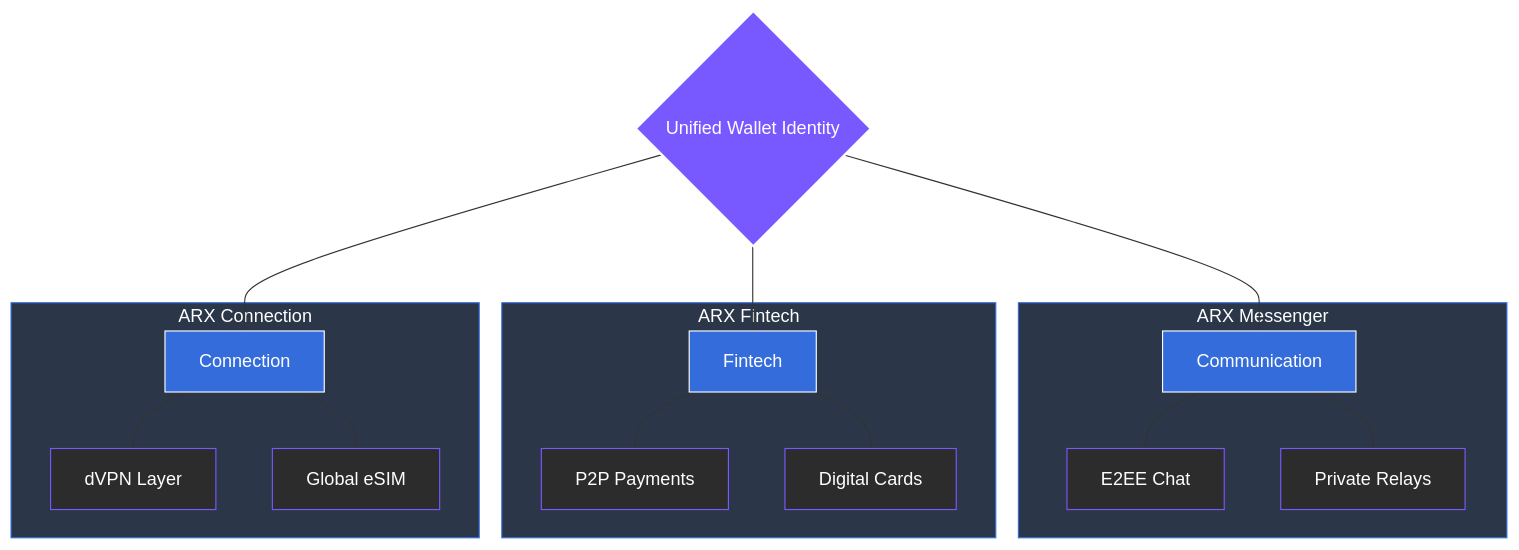
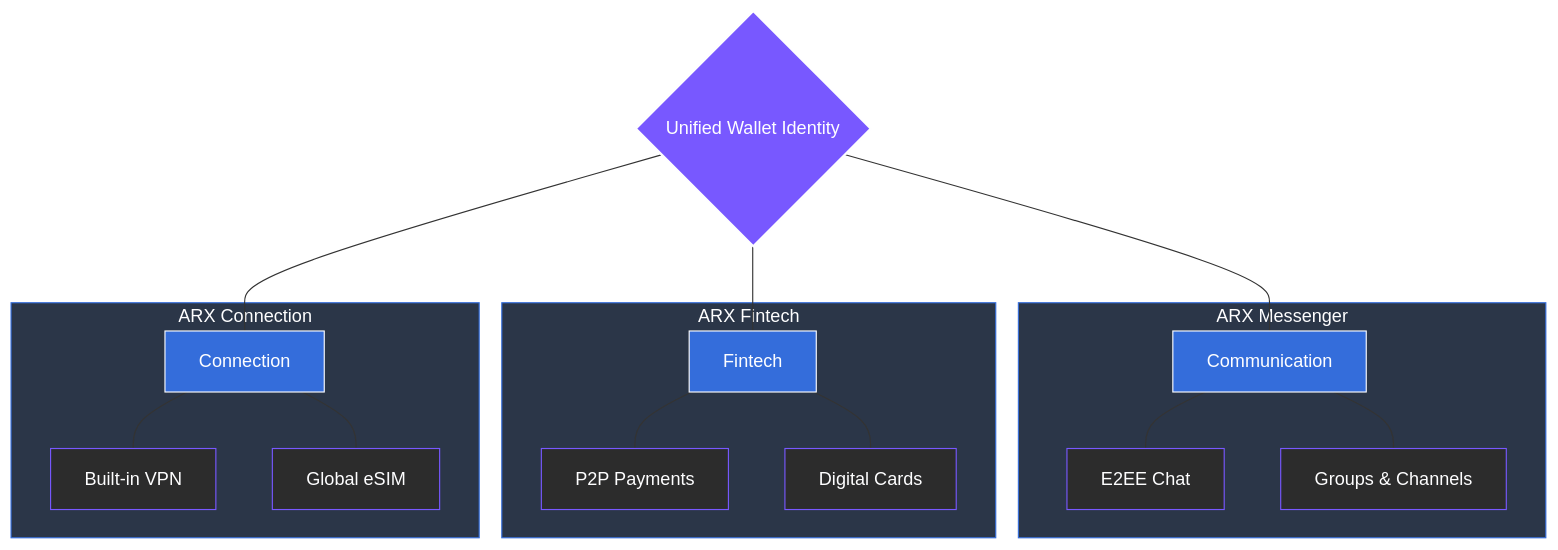
One commit to unusnullus/docs-xmtp-org changed the diagram in gitbook/home/4-product-overview/README.md. Above: the diagram before and after it, drawn with Mermaid. The commit also changed other lines of this file and 32 other files, not shown here.

````diff
--- a/gitbook/home/4-product-overview/README.md
+++ b/gitbook/home/4-product-overview/README.md
@@ -19,45 +19,45 @@
 ```mermaid
 graph TD
     %% Global Styling
     accTitle: ARX Product Verticals
     accDescr: Visualizing the three core pillars of the ARX product suite connected by a unified identity.
 
     ID{Unified Wallet Identity}
 
     ID --- V1[Communication]
     ID --- V2[Fintech]
     ID --- V3[Connection]
 
     subgraph Messenger ["ARX Messenger"]
         V1 --- M1[E2EE Chat]
-        V1 --- M2[Private Relays]
+        V1 --- M2[Groups & Channels]
     end
 
     subgraph Finance ["ARX Fintech"]
         V2 --- F1[P2P Payments]
         V2 --- F2[Digital Cards]
     end
 
     subgraph Network ["ARX Connection"]
-        V3 --- N1[dVPN Layer]
+        V3 --- N1[Built-in VPN]
         V3 --- N2[Global eSIM]
     end
 
     %% Apply Brand Palette
     style ID fill:#7858ff,stroke:#fefeff,color:#fefeff,stroke-width:2px
     
     style V1 fill:#346ddb,stroke:#fefeff,color:#fefeff
     style V2 fill:#346ddb,stroke:#fefeff,color:#fefeff
     style V3 fill:#346ddb,stroke:#fefeff,color:#fefeff
 
     style Messenger fill:#2B3648,stroke:#346ddb,color:#fefeff
     style Finance fill:#2B3648,stroke:#346ddb,color:#fefeff
     style Network fill:#2B3648,stroke:#346ddb,color:#fefeff
 
     style M1 fill:#2c2c2c,stroke:#7858ff,color:#fefeff
     style M2 fill:#2c2c2c,stroke:#7858ff,color:#fefeff
     style F1 fill:#2c2c2c,stroke:#7858ff,color:#fefeff
     style F2 fill:#2c2c2c,stroke:#7858ff,color:#fefeff
     style N1 fill:#2c2c2c,stroke:#7858ff,color:#fefeff
     style N2 fill:#2c2c2c,stroke:#7858ff,color:#fefeff
 ```
````
